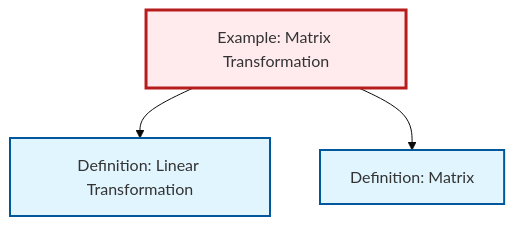
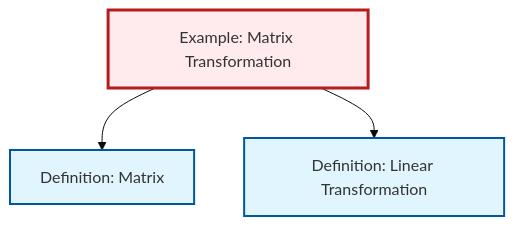
Before and after one commit to RK0429/ModernMath: the diagram in output/mermaid/ex-matrix-transformation.mermaid, drawn with Mermaid (base theme). The commit also changed other lines of this file and 3633 other files, not shown here.

```diff
--- a/output/mermaid/ex-matrix-transformation.mermaid
+++ b/output/mermaid/ex-matrix-transformation.mermaid
@@ -1,13 +1,13 @@
 %%| fig-cap: "Local dependency graph"
 graph TD
     classDef definition fill:#e1f5fe,stroke:#01579b,stroke-width:2px
     classDef theorem fill:#f3e5f5,stroke:#4a148c,stroke-width:2px
     classDef axiom fill:#fff3e0,stroke:#e65100,stroke-width:2px
     classDef example fill:#e8f5e9,stroke:#1b5e20,stroke-width:2px
     classDef current fill:#ffebee,stroke:#b71c1c,stroke-width:3px
+    ex-matrix-transformation["Example: Matrix Transformation"]:::example
     def-matrix["Definition: Matrix"]:::definition
     def-linear-transformation["Definition: Linear Transformation"]:::definition
-    ex-matrix-transformation["Example: Matrix Transformation"]:::example
+    ex-matrix-transformation --> def-matrix
     ex-matrix-transformation --> def-linear-transformation
-    ex-matrix-transformation --> def-matrix
     class ex-matrix-transformation current
```
